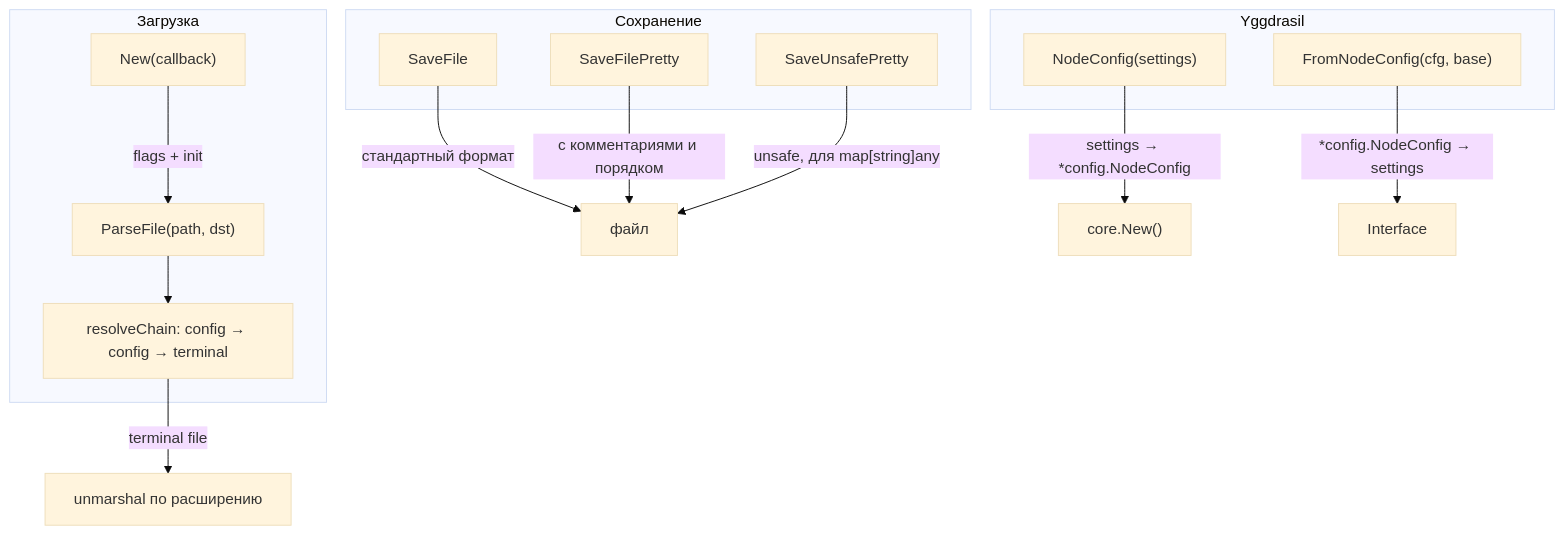
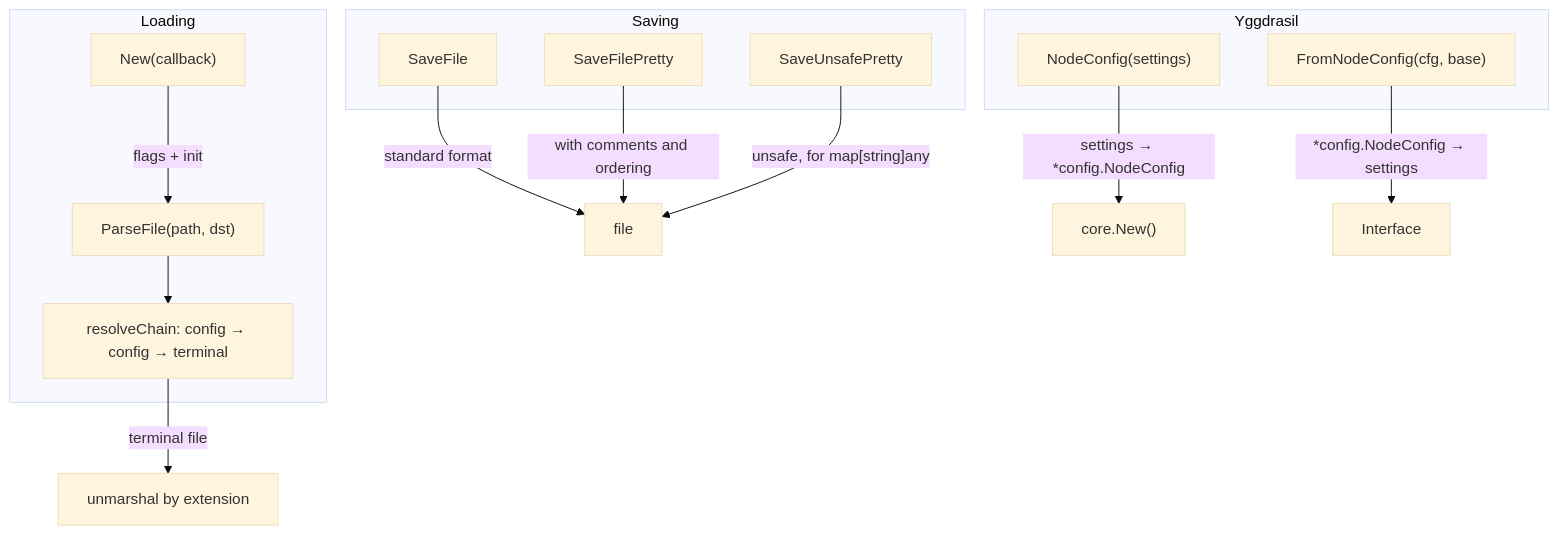
Before and after one commit to voluminor/ratatoskr: the first of 2 diagrams in mod/settings/README.md, drawn with Mermaid (base theme). The commit also changed other lines of this file and 6 other files, not shown here.

````diff
--- a/mod/settings/README.md
+++ b/mod/settings/README.md
@@ -27,28 +27,28 @@
 ```mermaid
 flowchart TB
-    subgraph Load["Загрузка"]
+    subgraph Load["Loading"]
         New["New(callback)"]
         Parse["ParseFile(path, dst)"]
         Chain["resolveChain: config → config → terminal"]
     end
 
-    subgraph Save["Сохранение"]
+    subgraph Save["Saving"]
         SF["SaveFile"]
         SFP["SaveFilePretty"]
         SUP["SaveUnsafePretty"]
     end
 
     subgraph Ygg["Yggdrasil"]
         NC["NodeConfig(settings)"]
         FNC["FromNodeConfig(cfg, base)"]
     end
 
     New -->|" flags + init "| Parse
     Parse --> Chain
-    Chain -->|" terminal file "| Unmarshal["unmarshal по расширению"]
-    SF -->|" стандартный формат "| File["файл"]
-    SFP -->|" с комментариями и порядком "| File
-    SUP -->|" unsafe, для map[string]any "| File
+    Chain -->|" terminal file "| Unmarshal["unmarshal by extension"]
+    SF -->|" standard format "| File["file"]
+    SFP -->|" with comments and ordering "| File
+    SUP -->|" unsafe, for map[string]any "| File
     NC -->|" settings → *config.NodeConfig "| Core["core.New()"]
     FNC -->|" *config.NodeConfig → settings "| Interface["Interface"]
 ```
````
